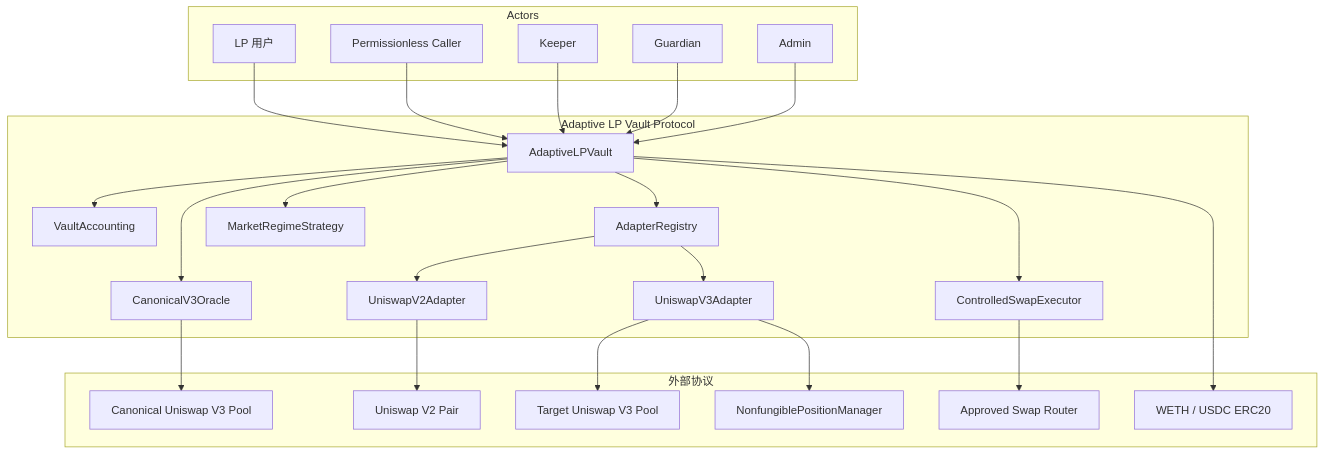
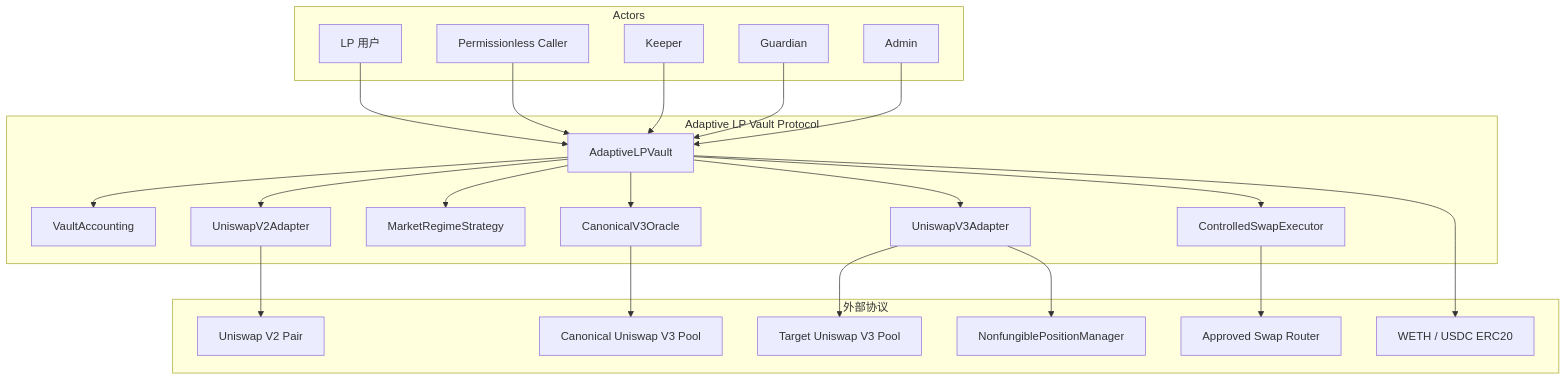
Before and after one commit to GGHansome/Adaptive-LP-Vault: the first of 9 diagrams in ARCHITECTURE.md, drawn with Mermaid. The commit also changed other lines of this file and 3 other files, not shown here.

````diff
--- a/ARCHITECTURE.md
+++ b/ARCHITECTURE.md
@@ -24,49 +24,47 @@
 ```mermaid
 flowchart TB
     subgraph Actors
         LP[LP 用户]
         Caller[Permissionless Caller]
         Keeper[Keeper]
         Guardian[Guardian]
         Admin[Admin]
     end
 
     subgraph Protocol[Adaptive LP Vault Protocol]
         Vault[AdaptiveLPVault]
         Accounting[VaultAccounting]
         Oracle[CanonicalV3Oracle]
         Strategy[MarketRegimeStrategy]
-        Registry[AdapterRegistry]
         Swap[ControlledSwapExecutor]
         V2Adapter[UniswapV2Adapter]
         V3Adapter[UniswapV3Adapter]
     end
 
     subgraph External[外部协议]
         V2Pair[Uniswap V2 Pair]
         V3Pool[Canonical Uniswap V3 Pool]
         V3Venue[Target Uniswap V3 Pool]
         PositionManager[NonfungiblePositionManager]
         Router[Approved Swap Router]
         ERC20[WETH / USDC ERC20]
     end
 
     LP --> Vault
     Caller --> Vault
     Keeper --> Vault
     Guardian --> Vault
     Admin --> Vault
     Vault --> Accounting
     Vault --> Oracle
     Vault --> Strategy
-    Vault --> Registry
     Vault --> Swap
-    Registry --> V2Adapter
-    Registry --> V3Adapter
+    Vault --> V2Adapter
+    Vault --> V3Adapter
     V2Adapter --> V2Pair
     V3Adapter --> V3Venue
     V3Adapter --> PositionManager
     Oracle --> V3Pool
     Swap --> Router
     Vault --> ERC20
 ```
````
